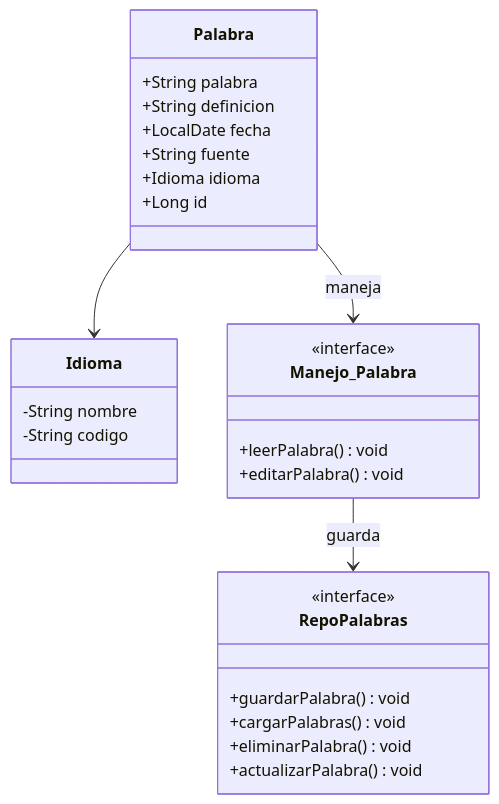
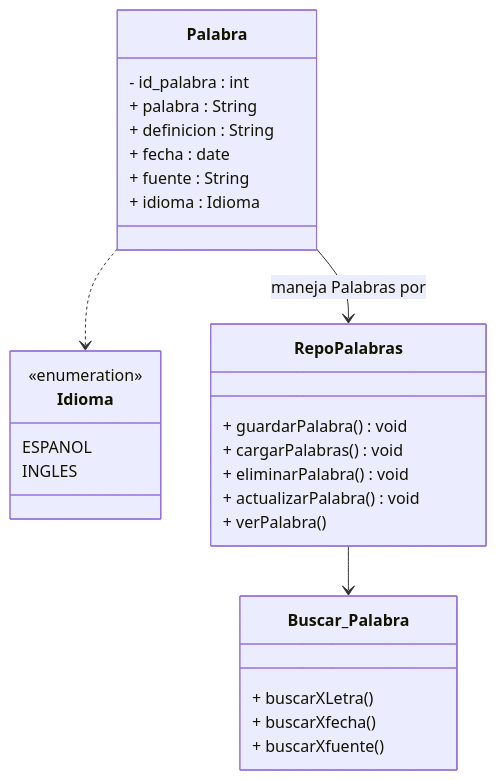
Before and after one commit to manupinta2009-max/Diksy: the diagram in Docs/UML.md, drawn with Mermaid.

Commit message:
Refactor UML diagram for clarity and structure

````diff
--- a/Docs/UML.md
+++ b/Docs/UML.md
@@ -2,35 +2,35 @@
 ```mermaid
 classDiagram
-
     class Palabra {
-        +String palabra
-        +String definicion
-        +LocalDate fecha
-        +String fuente
-        +Idioma idioma
-        +Long id
+        - id_palabra : int
+        + palabra : String
+        + definicion : String
+        + fecha : date
+        + fuente : String
+        + idioma : Idioma
     }
 
     class Idioma {
-        -String nombre
-        -String codigo
-    }
-
-    class Manejo_Palabra {
-        <<interface>>
-        +leerPalabra() void
-        +editarPalabra() void
+        <<enumeration>>
+        ESPANOL
+        INGLES
     }
 
     class RepoPalabras {
-        <<interface>>
-        +guardarPalabra() void
-        +cargarPalabras() void
-        +eliminarPalabra() void
-        +actualizarPalabra() void
+        + guardarPalabra() void
+        + cargarPalabras() void
+        + eliminarPalabra() void
+        + actualizarPalabra() void
+        + verPalabra()
     }
 
-    Palabra --> Idioma
-    Palabra --> Manejo_Palabra : maneja
-    Manejo_Palabra --> RepoPalabras : guarda
+    class Buscar_Palabra {
+        + buscarXLetra()
+        + buscarXfecha()
+        + buscarXfuente()
+    }
+
+    Palabra ..> Idioma
+    Palabra --> RepoPalabras : maneja Palabras por
+    RepoPalabras --> Buscar_Palabra
 ```
````
